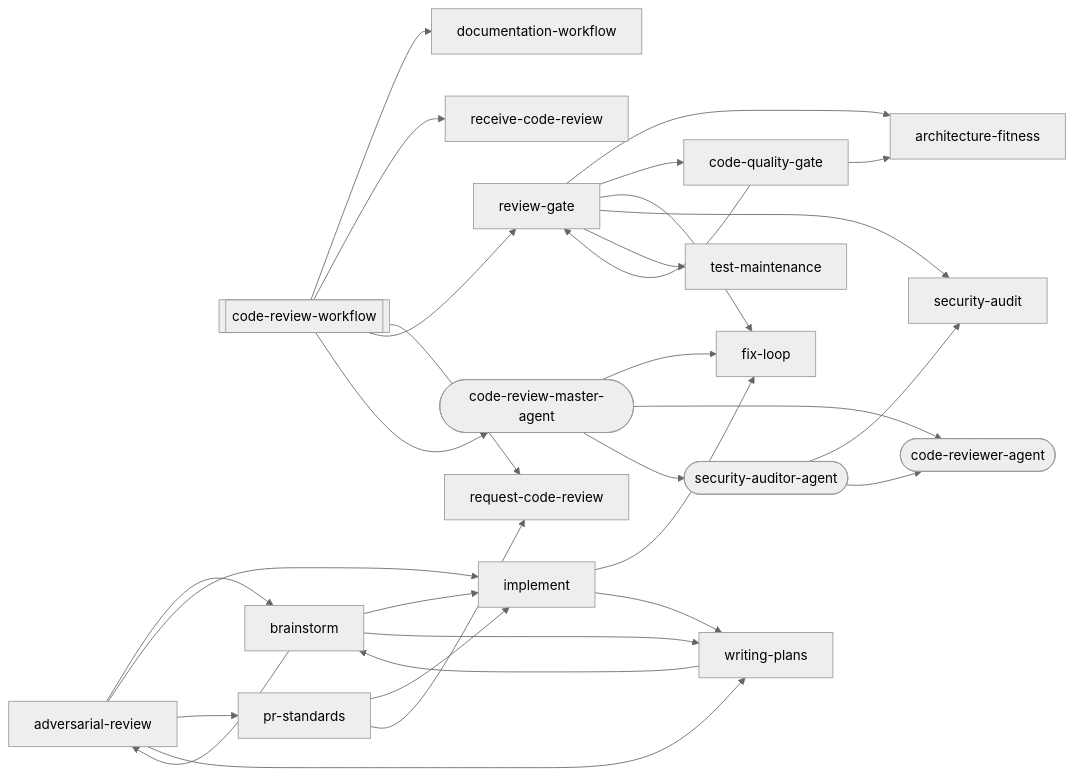
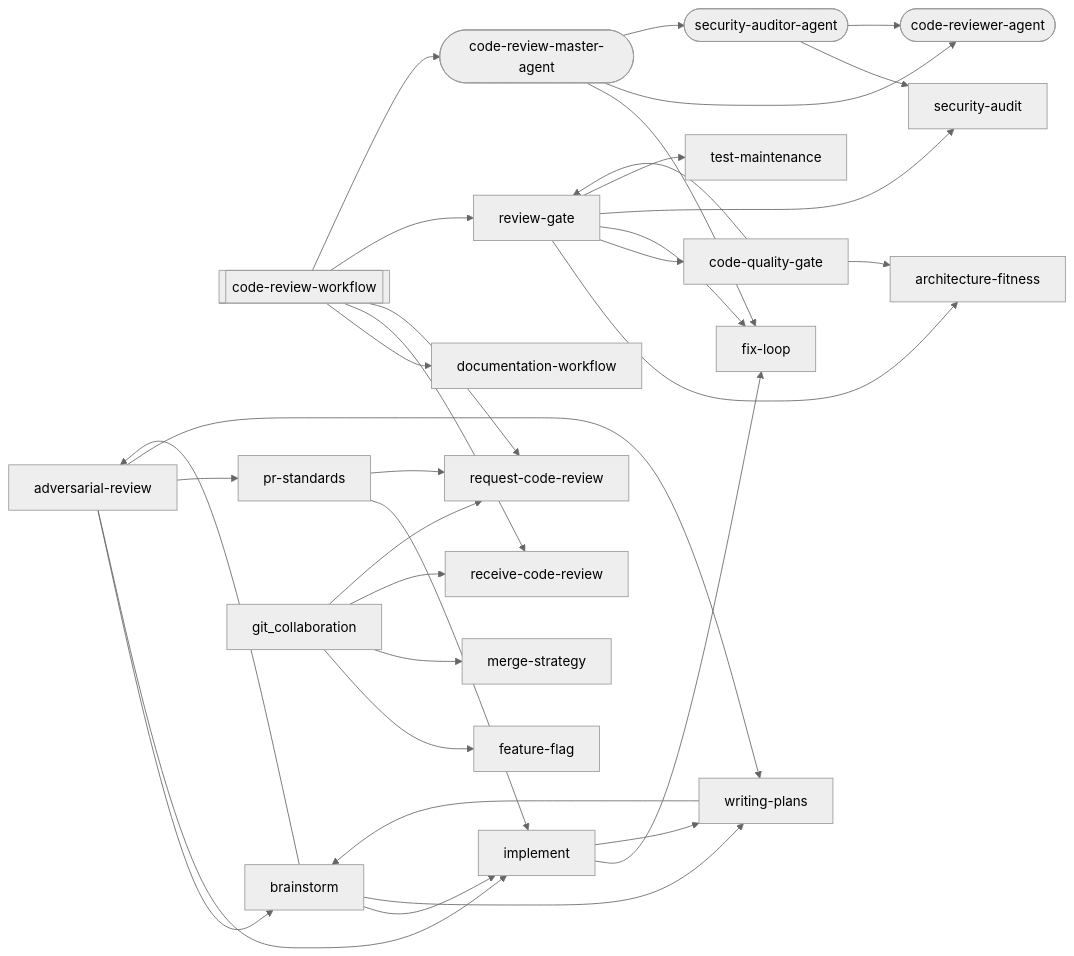
The third of 21 diagrams in docs/workflows/code-review.md (abhayla/claude-best-practices), drawn with Mermaid (neutral theme) before and after one commit. The commit also changed other lines of this file and 13 other files, not shown here.

````diff
--- a/docs/workflows/code-review.md
+++ b/docs/workflows/code-review.md
@@ -426,50 +463,56 @@
 ```mermaid
 graph LR
     code_review_workflow[["code-review-workflow"]]
     adversarial_review["adversarial-review"]
     architecture_fitness["architecture-fitness"]
     brainstorm["brainstorm"]
     code_quality_gate["code-quality-gate"]
     code_review_master_agent(["code-review-master-agent"])
     code_reviewer_agent(["code-reviewer-agent"])
     documentation_workflow["documentation-workflow"]
+    feature_flag["feature-flag"]
     fix_loop["fix-loop"]
     implement["implement"]
+    merge_strategy["merge-strategy"]
     pr_standards["pr-standards"]
     receive_code_review["receive-code-review"]
     request_code_review["request-code-review"]
     review_gate["review-gate"]
     security_audit["security-audit"]
     security_auditor_agent(["security-auditor-agent"])
     test_maintenance["test-maintenance"]
     writing_plans["writing-plans"]
     adversarial_review --> brainstorm
     adversarial_review --> implement
     adversarial_review --> pr_standards
     adversarial_review --> writing_plans
     brainstorm --> adversarial_review
     brainstorm --> implement
     brainstorm --> writing_plans
     code_quality_gate --> architecture_fitness
     code_quality_gate --> review_gate
     code_review_workflow --> documentation_workflow
     code_review_workflow --> receive_code_review
     code_review_workflow --> request_code_review
     code_review_workflow --> review_gate
     code_review_workflow --> code_review_master_agent
     implement --> fix_loop
     implement --> writing_plans
     pr_standards --> implement
     pr_standards --> request_code_review
     review_gate --> architecture_fitness
     review_gate --> code_quality_gate
     review_gate --> fix_loop
     review_gate --> security_audit
     review_gate --> test_maintenance
     writing_plans --> brainstorm
     code_review_master_agent --> fix_loop
     code_review_master_agent --> code_reviewer_agent
     code_review_master_agent --> security_auditor_agent
     security_auditor_agent --> security_audit
     security_auditor_agent --> code_reviewer_agent
+    git_collaboration --> feature_flag
+    git_collaboration --> merge_strategy
+    git_collaboration --> receive_code_review
+    git_collaboration --> request_code_review
 ```
````
